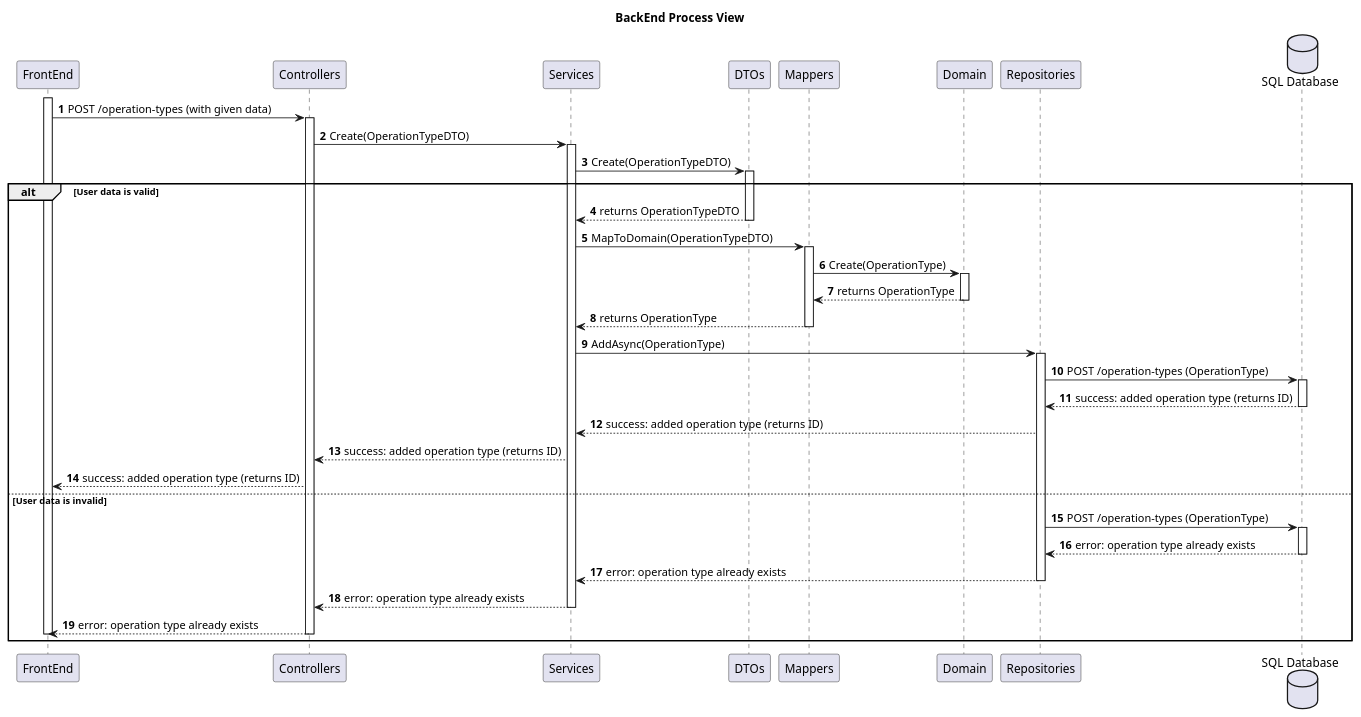
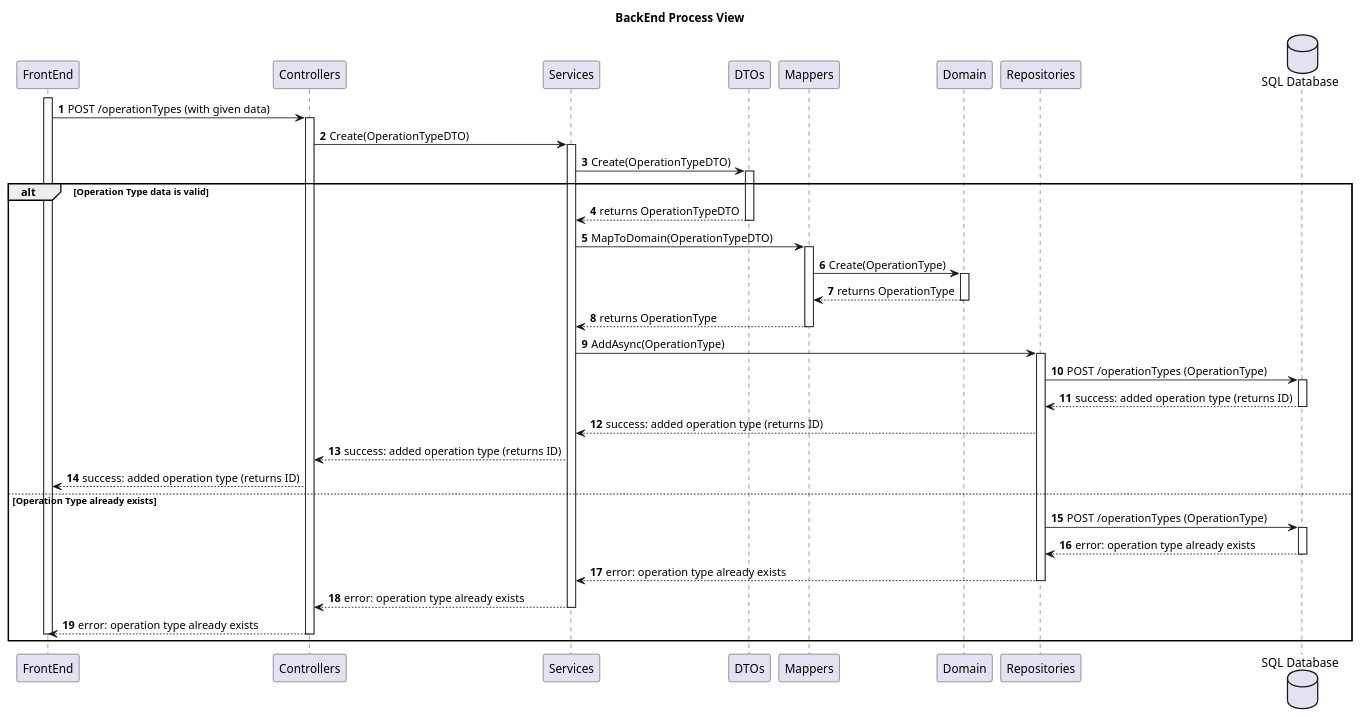
The diagram in docs/SprintA/37-add-new-operation-types/level3/backend-process-view.puml (MiguelCardoso77/SurgicalSync-BackEnd), drawn with PlantUML before and after one commit. The commit also changed 6 other files, not shown here.

Commit message:
#20 Updated Documentation and New Class Diagram

```diff
--- a/docs/SprintA/37-add-new-operation-types/level3/backend-process-view.puml
+++ b/docs/SprintA/37-add-new-operation-types/level3/backend-process-view.puml
@@ -1,75 +1,75 @@
 @startuml
 autonumber
 
 title BackEnd Process View
 
 participant "FrontEnd" as FE
 participant "Controllers" as CN
 participant "Services" as SV
 participant "DTOs" as DTO
 participant "Mappers" as MP
 participant "Domain" as DM
 participant "Repositories" as REPO
 database "SQL Database" as SQL
 
 activate FE
-    FE -> CN: POST /operation-types (with given data)
+    FE -> CN: POST /operationTypes (with given data)
     activate CN
     
         CN -> SV : Create(OperationTypeDTO)
         activate SV
         
             SV -> DTO : Create(OperationTypeDTO)
             activate DTO
             
-alt User data is valid
+alt Operation Type data is valid
             
                 DTO --> SV : returns OperationTypeDTO
             deactivate DTO
             
             SV -> MP : MapToDomain(OperationTypeDTO)
             activate MP
             
                 MP -> DM : Create(OperationType)
                 activate DM
                      
                     DM --> MP : returns OperationType
                 deactivate DM
             
                 MP --> SV : returns OperationType
             deactivate MP
                 
             SV -> REPO : AddAsync(OperationType)
             activate REPO
             
-                REPO -> SQL : POST /operation-types (OperationType)
+                REPO -> SQL : POST /operationTypes (OperationType)
                 activate SQL
                 
                     SQL --> REPO : success: added operation type (returns ID)
                 deactivate SQL
                 
                 REPO --> SV : success: added operation type (returns ID)
             
 
             SV --> CN : success: added operation type (returns ID)
         FE <-- CN: success: added operation type (returns ID) 
 
-else User data is invalid
+else Operation Type already exists
 
-                REPO -> SQL : POST /operation-types (OperationType)
+                REPO -> SQL : POST /operationTypes (OperationType)
                 activate SQL
                 
                     SQL --> REPO : error: operation type already exists
                 deactivate SQL
                 
         REPO --> SV : error: operation type already exists
             deactivate REPO
             SV --> CN : error: operation type already exists
         deactivate SV
         FE <-- CN: error: operation type already exists
     deactivate CN     
                
 deactivate FE
 end
 
 @enduml
```
